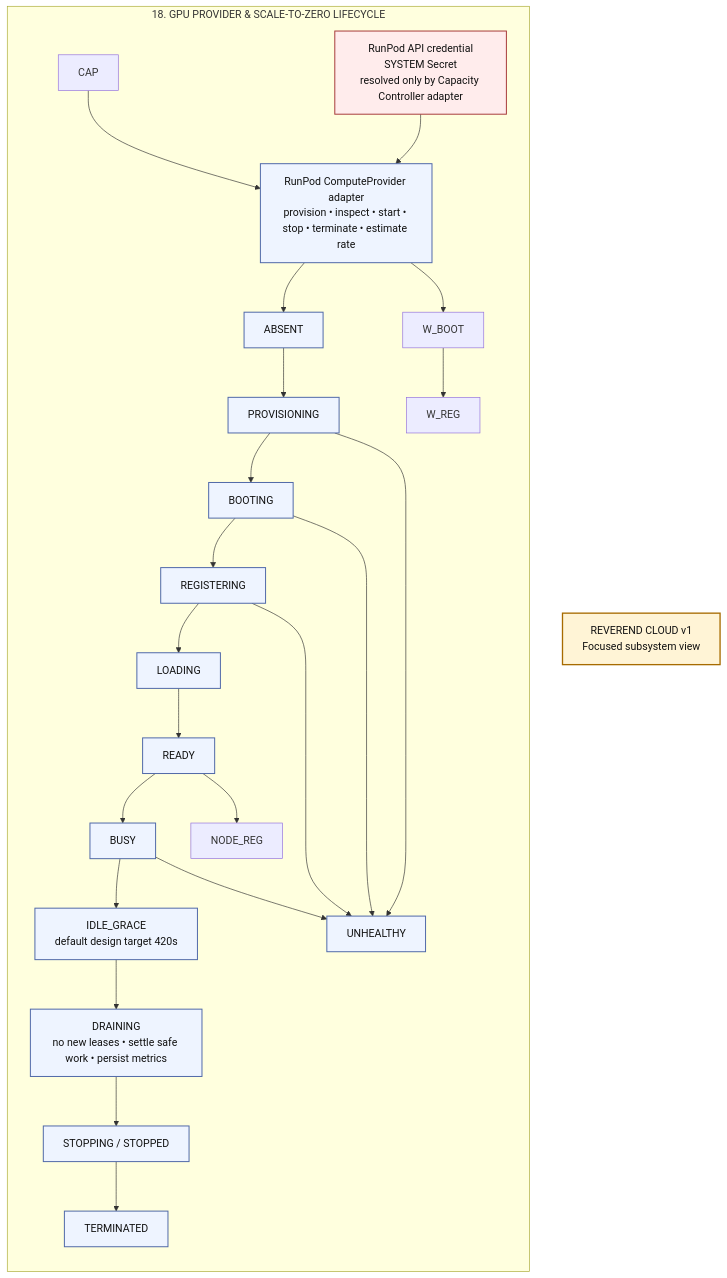
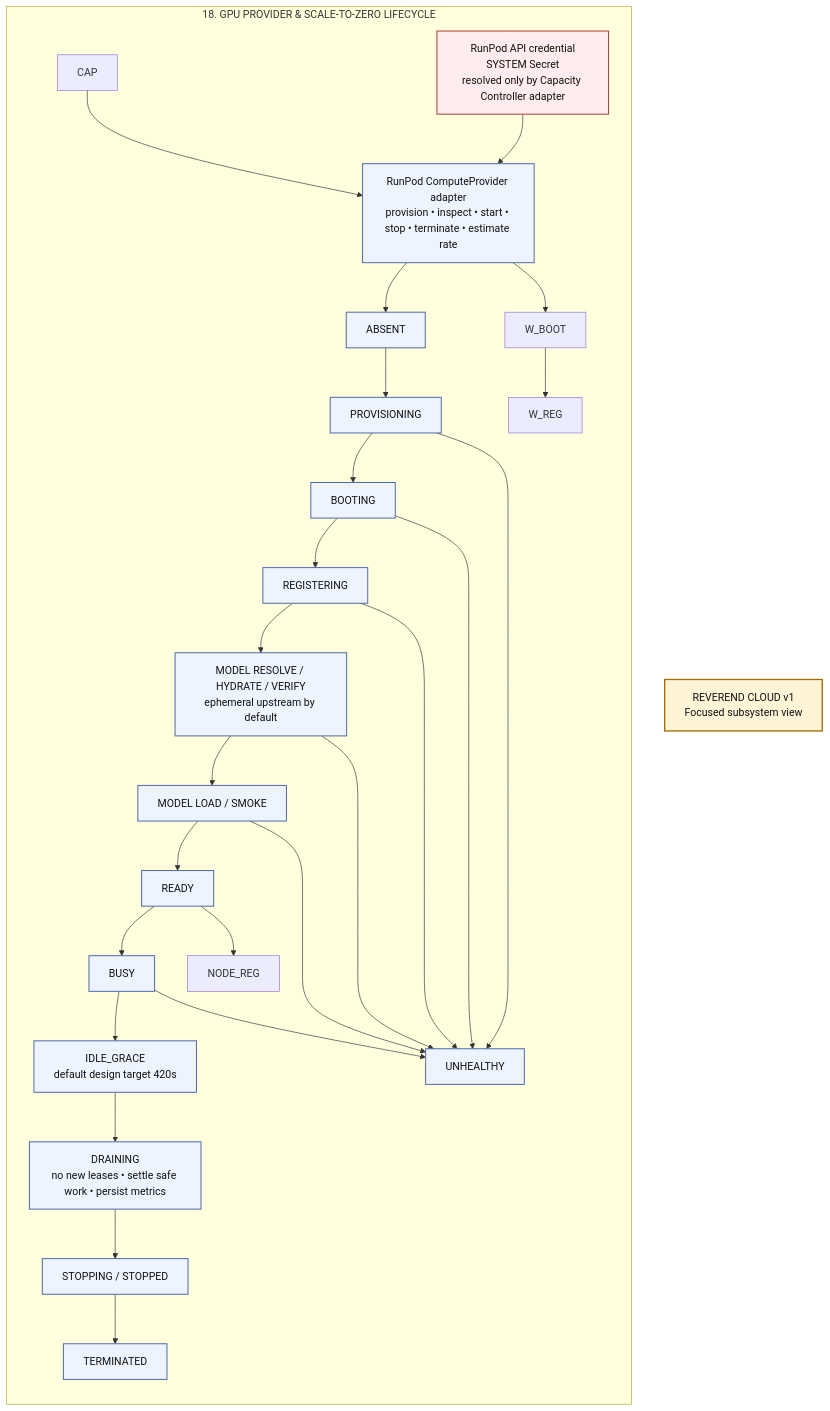
The diagram in Documentation/Design/Diagrams/Subsystems/18-runpod-provider-gpu-lifecycle.mmd (reverez/reverend), drawn with Mermaid before and after one commit.

Commit message:
docs: show hydration state in RunPod lifecycle

```diff
--- a/Documentation/Design/Diagrams/Subsystems/18-runpod-provider-gpu-lifecycle.mmd
+++ b/Documentation/Design/Diagrams/Subsystems/18-runpod-provider-gpu-lifecycle.mmd
@@ -1,69 +1,72 @@
 flowchart TB
 
 %% STYLES
 %% =========================================================
 classDef human fill:#e8f0ff,stroke:#3458a4,stroke-width:2px,color:#111;
 classDef client fill:#eef7ff,stroke:#3678a8,stroke-width:1.5px,color:#111;
 classDef api fill:#e9fff7,stroke:#23855f,stroke-width:1.5px,color:#111;
 classDef authority fill:#fff4d6,stroke:#a76b00,stroke-width:2px,color:#111;
 classDef domain fill:#fff9e8,stroke:#a7802b,stroke-width:1.5px,color:#111;
 classDef agent fill:#f5edff,stroke:#7552a8,stroke-width:1.5px,color:#111;
 classDef context fill:#f8f3ff,stroke:#8458aa,stroke-width:1.2px,color:#111;
 classDef tool fill:#fff0f0,stroke:#aa4949,stroke-width:1.5px,color:#111;
 classDef verify fill:#efffe9,stroke:#4e8a3c,stroke-width:1.5px,color:#111;
 classDef sched fill:#eefcf8,stroke:#2f7a68,stroke-width:1.5px,color:#111;
 classDef compute fill:#eef4ff,stroke:#4f68a8,stroke-width:1.5px,color:#111;
 classDef model fill:#f1ecff,stroke:#5f49a8,stroke-width:1.5px,color:#111;
 classDef durable fill:#fff2e5,stroke:#a6642c,stroke-width:1.5px,color:#111;
 classDef security fill:#ffecec,stroke:#a73b3b,stroke-width:1.5px,color:#111;
 classDef data fill:#f4f4f4,stroke:#666,stroke-width:1.3px,color:#111;
 classDef cost fill:#ecfff1,stroke:#3e8b55,stroke-width:1.5px,color:#111;
 classDef ops fill:#f2fbff,stroke:#3f7890,stroke-width:1.5px,color:#111;
 classDef external fill:#f7f7f7,stroke:#777,stroke-width:1.2px,stroke-dasharray:5 3,color:#111;
 classDef dev fill:#fff8ed,stroke:#9b6b23,stroke-width:1.3px,color:#111;
 classDef invariant fill:#fffbe6,stroke:#b09121,stroke-width:1.5px,color:#111;
 
 %% =========================================================
 
 ROOT["REVEREND CLOUD v1<br/>Focused subsystem view"]:::authority
 
 %% =========================================================
 %% FOCUSED VIEW
 %% Source: ../system-complete-mermaid-diagram.mmd
 %% Section 18: RUNPOD PROVIDER / GPU LIFECYCLE
 %% External cross-subsystem references may render as compact interface nodes.
 %% =========================================================
 
 %% =========================================================
 %% 18. RUNPOD PROVIDER / GPU LIFECYCLE
 %% =========================================================
 subgraph RUNPOD["18. GPU PROVIDER & SCALE-TO-ZERO LIFECYCLE"]
 direction TB
 
 RP_ADAPT["RunPod ComputeProvider adapter<br/>provision • inspect • start • stop • terminate • estimate rate"]:::compute
 RP_CRED["RunPod API credential<br/>SYSTEM Secret<br/>resolved only by Capacity Controller adapter"]:::security
 
 P_ABS["ABSENT"]:::compute
 P_PROV["PROVISIONING"]:::compute
 P_BOOT["BOOTING"]:::compute
 P_REG["REGISTERING"]:::compute
-P_LOAD["LOADING"]:::compute
+P_HYDRATE["MODEL RESOLVE / HYDRATE / VERIFY<br/>ephemeral upstream by default"]:::compute
+P_LOAD["MODEL LOAD / SMOKE"]:::compute
 P_READY["READY"]:::compute
 P_BUSY["BUSY"]:::compute
 P_IDLE["IDLE_GRACE<br/>default design target 420s"]:::compute
 P_DRAIN["DRAINING<br/>no new leases • settle safe work • persist metrics"]:::compute
 P_STOP["STOPPING / STOPPED"]:::compute
 P_TERM["TERMINATED"]:::compute
 P_UNH["UNHEALTHY"]:::compute
 
 CAP --> RP_ADAPT
 RP_CRED --> RP_ADAPT
-RP_ADAPT --> P_ABS --> P_PROV --> P_BOOT --> P_REG --> P_LOAD --> P_READY --> P_BUSY --> P_IDLE --> P_DRAIN --> P_STOP --> P_TERM
+RP_ADAPT --> P_ABS --> P_PROV --> P_BOOT --> P_REG --> P_HYDRATE --> P_LOAD --> P_READY --> P_BUSY --> P_IDLE --> P_DRAIN --> P_STOP --> P_TERM
 P_PROV --> P_UNH
 P_BOOT --> P_UNH
 P_REG --> P_UNH
+P_HYDRATE --> P_UNH
+P_LOAD --> P_UNH
 P_BUSY --> P_UNH
 
 RP_ADAPT --> W_BOOT --> W_REG
 P_READY --> NODE_REG
 end
```
